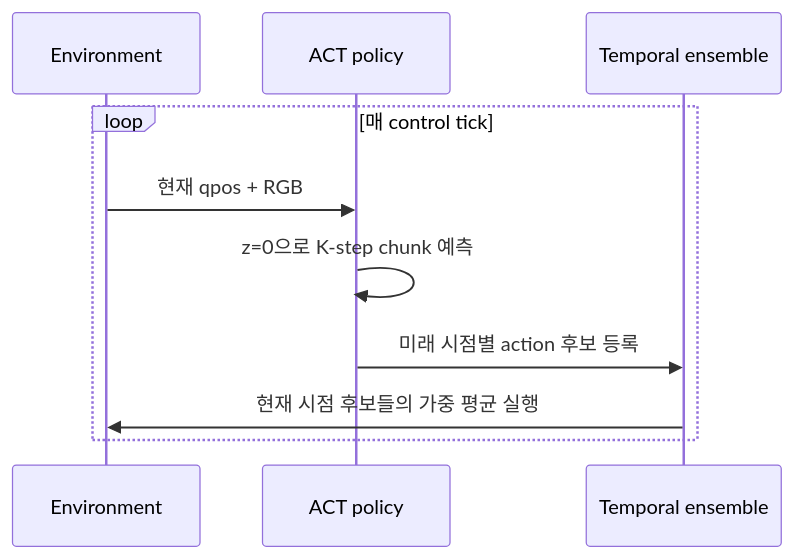
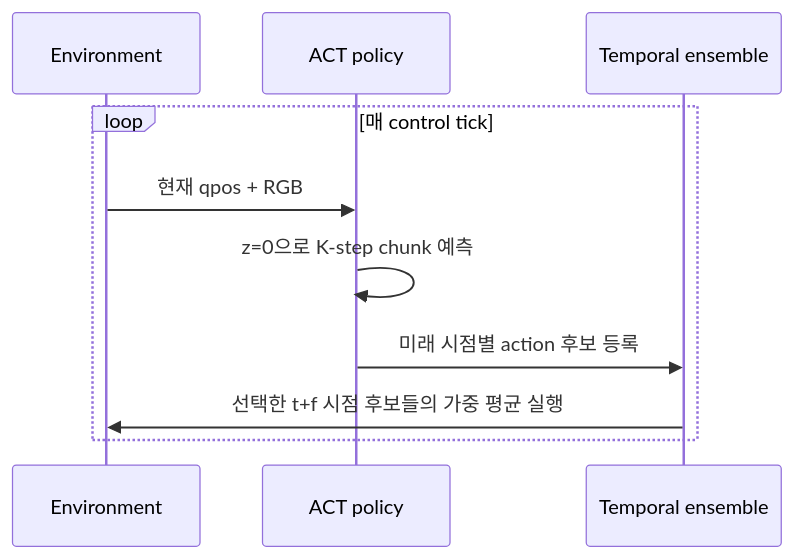
The second of 2 diagrams in docs/guide/il/act.md (Geonhee-LEE/aiworker-mj-lab), drawn with Mermaid before and after one commit. The commit also changed other lines of this file and 114 other files, not shown here.

````diff
--- a/docs/guide/il/act.md
+++ b/docs/guide/il/act.md
@@ -71,12 +71,12 @@
 ```mermaid
 sequenceDiagram
     participant E as Environment
     participant P as ACT policy
     participant T as Temporal ensemble
     loop 매 control tick
         E->>P: 현재 qpos + RGB
         P->>P: z=0으로 K-step chunk 예측
         P->>T: 미래 시점별 action 후보 등록
-        T->>E: 현재 시점 후보들의 가중 평균 실행
+        T->>E: 선택한 t+f 시점 후보들의 가중 평균 실행
     end
 ```
````
